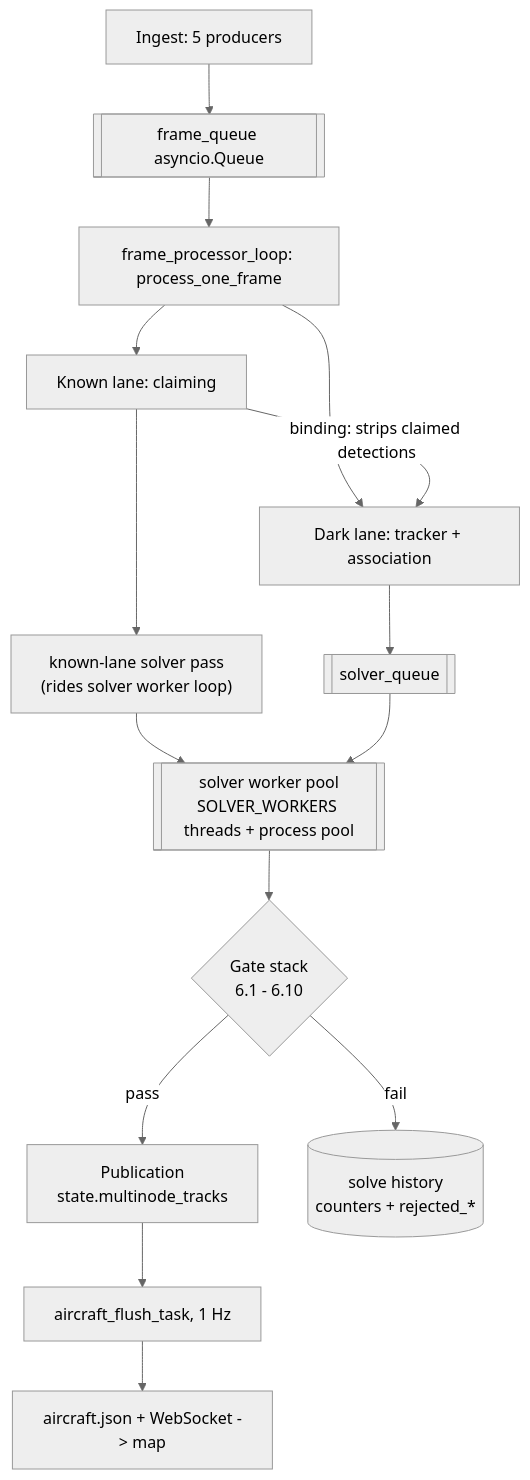
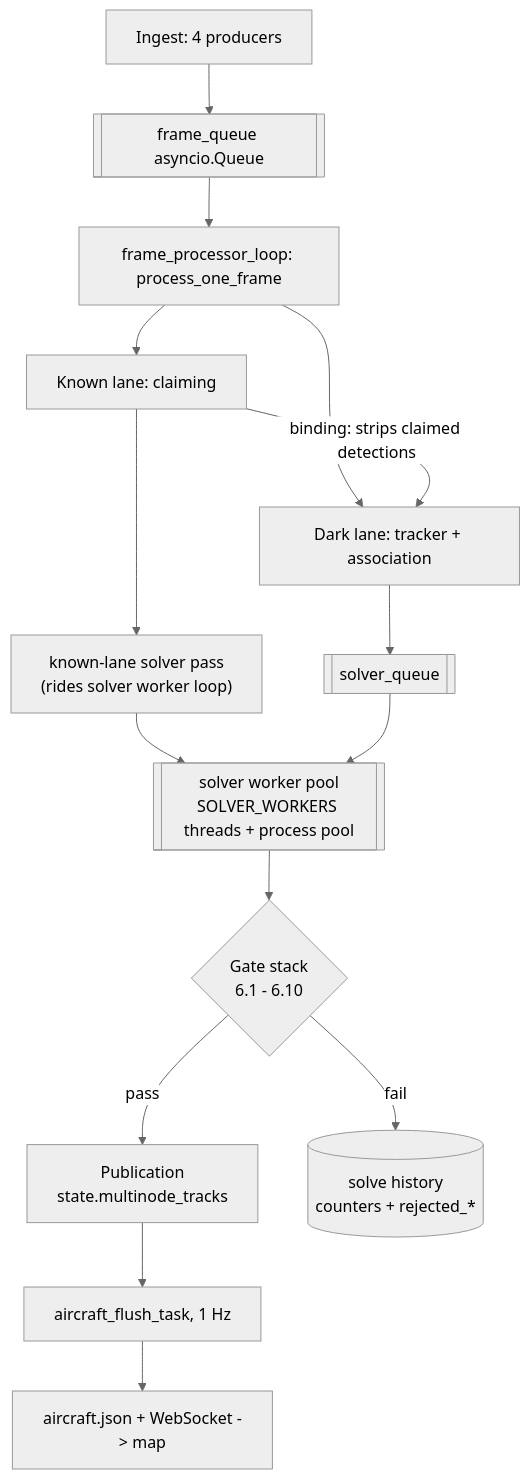
One commit to offworldlabs/retina-server changed the second of 10 diagrams in docs/solverflow.md. Above: the diagram before and after it, drawn with Mermaid (neutral theme). The commit also changed other lines of this file and 16 other files, not shown here.

````diff
--- a/docs/solverflow.md
+++ b/docs/solverflow.md
@@ -43,24 +43,24 @@
 ```mermaid
 flowchart TD
-    ingest["Ingest: 5 producers"] --> fq[["frame_queue asyncio.Queue"]]
+    ingest["Ingest: 4 producers"] --> fq[["frame_queue asyncio.Queue"]]
     fq --> fp["frame_processor_loop: process_one_frame"]
 
     fp --> known["Known lane: claiming"]
     fp --> dark["Dark lane: tracker + association"]
 
     known -->|"binding: strips claimed detections"| dark
     known --> knownq["known-lane solver pass<br/>(rides solver worker loop)"]
 
     dark --> sq[["solver_queue"]]
     knownq --> pool
     sq --> pool[["solver worker pool<br/>SOLVER_WORKERS threads + process pool"]]
 
     pool --> gates{"Gate stack<br/>6.1 - 6.10"}
     gates -->|"pass"| pub["Publication<br/>state.multinode_tracks"]
     gates -->|"fail"| hist[("solve history<br/>counters + rejected_*")]
 
     pub --> flush["aircraft_flush_task, 1 Hz"]
     flush --> map["aircraft.json + WebSocket -> map"]
 
     classDef inert fill:#eee,stroke:#999,color:#888,stroke-dasharray: 4 3
 ```
````
